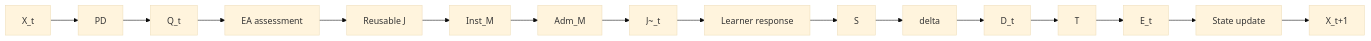
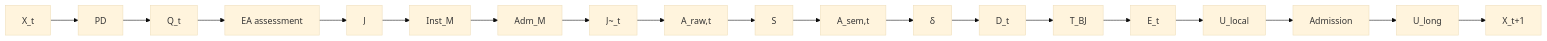
One commit to thatao72/three-twin-docs changed the fifth of 5 diagrams in content/architecture.md. Above: the diagram before and after it, drawn with Mermaid (base theme). The commit also changed other lines of this file, not shown here.

Commit message:
Rewrite architecture docs from current canonical authority

````diff
--- a/content/architecture.md
+++ b/content/architecture.md
@@ -474,22 +369,7 @@
 ```mermaid
 flowchart LR
-    X["X_t"]
-    PD["PD"]
-    Q["Q_t"]
-    EA["EA assessment"]
-    J["Reusable J"]
-    IM["Inst_M"]
-    AM["Adm_M"]
-    JT["J~_t"]
-    R["Learner response"]
-    S["S"]
-    DELTA["delta"]
-    D["D_t"]
-    T["T"]
-    E["E_t"]
-    U["State update"]
-    X2["X_t+1"]
-
-    X --> PD --> Q --> EA --> J --> IM --> AM --> JT
-    JT --> R --> S --> DELTA --> D --> T --> E --> U --> X2
+    X["X_t"] --> PD["PD"] --> Q["Q_t"] --> EA["EA assessment"]
+    EA --> J["J"] --> IM["Inst_M"] --> AM["Adm_M"] --> JT["J~_t"]
+    JT --> AR["A_raw,t"] --> S["S"] --> AS["A_sem,t"] --> DLT["δ"] --> D["D_t"]
+    D --> T["T_BJ"] --> E["E_t"] --> UL["U_local"] --> AD["Admission"] --> LONG["U_long"] --> X2["X_t+1"]
 ```
````
